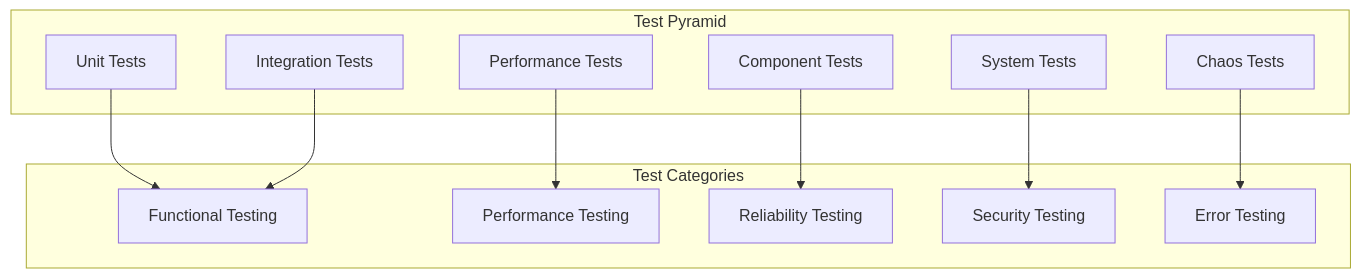
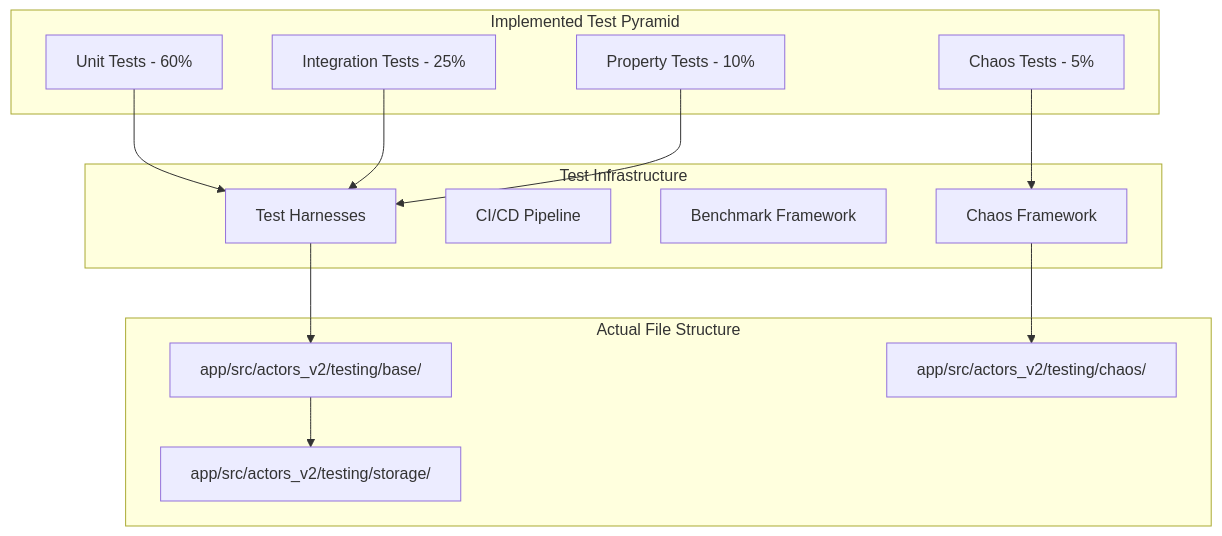
Before and after one commit to AnduroProject/alys: the eighth of 12 diagrams in docs/v2_alpha/actors/storage/onboarding.knowledge.book.md, drawn with Mermaid. The commit also changed other lines of this file and 1 other file, not shown here.

First line of the commit message:
docs: update Storage Actor onboarding book with implemented testing framework

````diff
--- a/docs/v2_alpha/actors/storage/onboarding.knowledge.book.md
+++ b/docs/v2_alpha/actors/storage/onboarding.knowledge.book.md
@@ -2206,26 +2206,30 @@
 ```mermaid
 graph TD
-    subgraph "Test Pyramid"
-        UT[Unit Tests]
-        IT[Integration Tests]
-        CT[Component Tests]
-        ST[System Tests]
-        PT[Performance Tests]
-        CHT[Chaos Tests]
+    subgraph "Implemented Test Pyramid"
+        UT[Unit Tests - 60%]
+        IT[Integration Tests - 25%]
+        PT[Property Tests - 10%]
+        CHT[Chaos Tests - 5%]
     end
 
-    subgraph "Test Categories"
-        FT[Functional Testing]
-        PT2[Performance Testing]
-        RT[Reliability Testing]
-        ST2[Security Testing]
-        ET[Error Testing]
+    subgraph "Test Infrastructure"
+        TH[Test Harnesses]
+        CI[CI/CD Pipeline]
+        BF[Benchmark Framework]
+        CF[Chaos Framework]
     end
 
-    UT --> FT
-    IT --> FT
-    CT --> RT
-    ST --> ST2
-    PT --> PT2
-    CHT --> ET
+    subgraph "Actual File Structure"
+        BASE["app/src/actors_v2/testing/base/"]
+        STORAGE["app/src/actors_v2/testing/storage/"]
+        CHAOS["app/src/actors_v2/testing/chaos/"]
+    end
+
+    UT --> TH
+    IT --> TH
+    PT --> TH
+    CHT --> CF
+    TH --> BASE
+    BASE --> STORAGE
+    CF --> CHAOS
 ```
````
